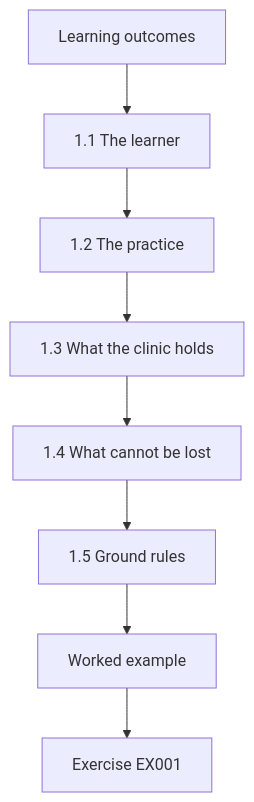
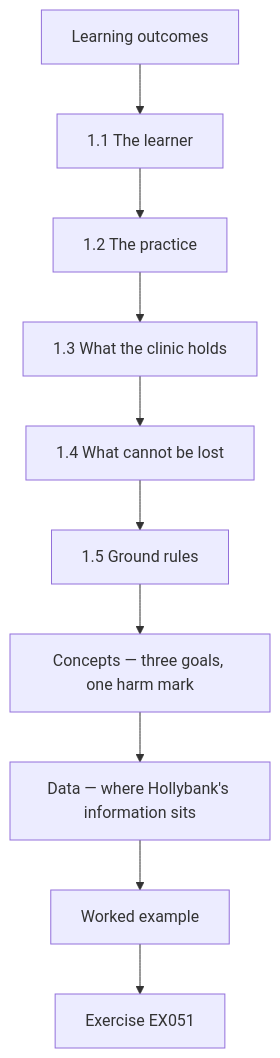
Before and after one commit to hiagokinlevi/CyKin: the first of 12 diagrams in levels/rapid-1-month/information-security/en/book/MANUSCRIPT.md, drawn with Mermaid. The commit also changed other lines of this file and 1 other file, not shown here.

First line of the commit message:
Deepen the rapid information-security lessons in English and Portuguese.

````diff
--- a/levels/rapid-1-month/information-security/en/book/MANUSCRIPT.md
+++ b/levels/rapid-1-month/information-security/en/book/MANUSCRIPT.md
@@ -45,12 +45,14 @@
 ```mermaid
 flowchart TD
   N0["Learning outcomes"]
   N1["1.1 The learner"]
   N2["1.2 The practice"]
   N3["1.3 What the clinic holds"]
   N4["1.4 What cannot be lost"]
   N5["1.5 Ground rules"]
-  N0 --> N1 --> N2 --> N3 --> N4 --> N5
-  N5 --> EX["Worked example"]
-  EX --> Q["Exercise EX001"]
+  N6["Concepts — three goals, one harm mark"]
+  N7["Data — where Hollybank's information sits"]
+  N0 --> N1 --> N2 --> N3 --> N4 --> N5 --> N6 --> N7
+  N7 --> EX["Worked example"]
+  EX --> Q["Exercise EX051"]
 ```
````
